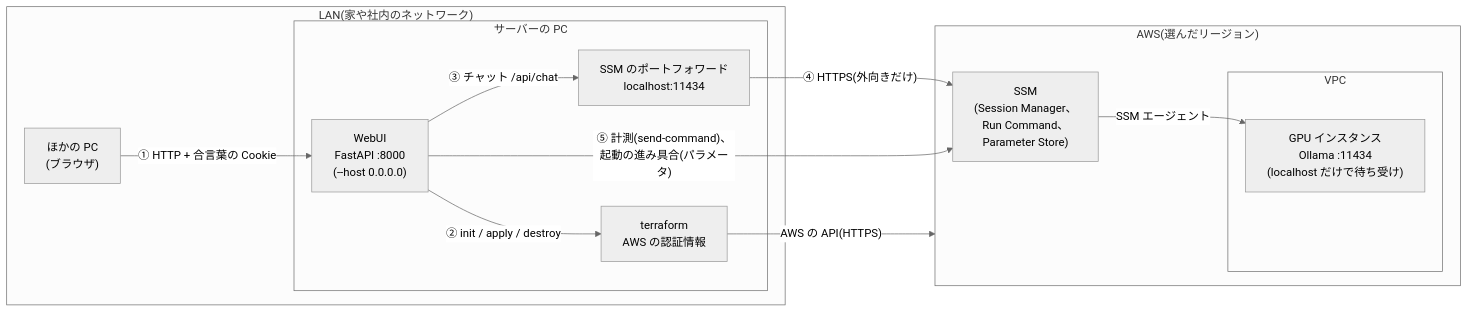
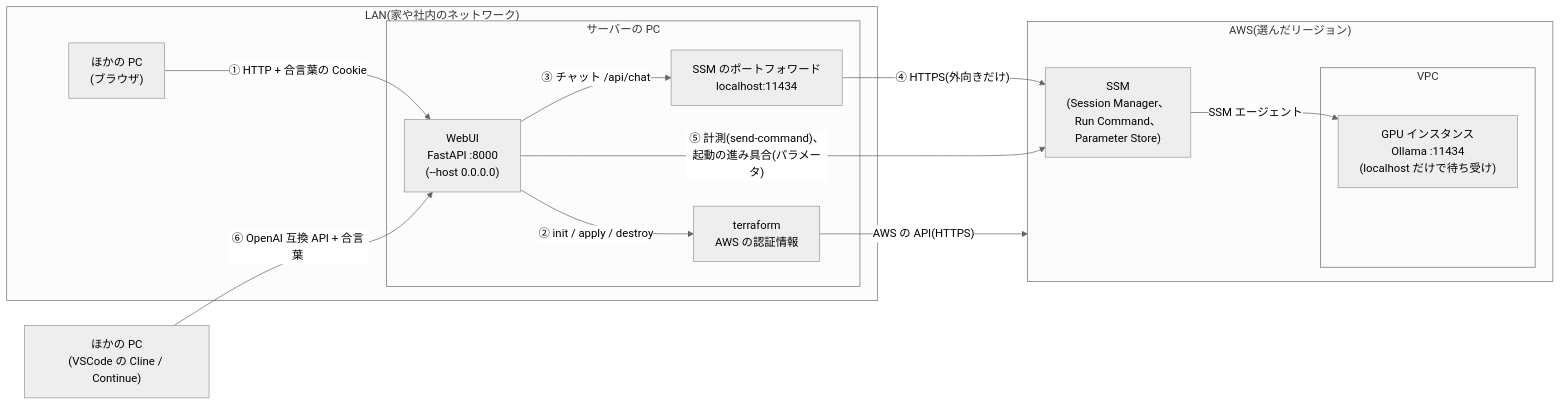
Before and after one commit to yosuke318/llm-launchpad: the diagram in docs/connection.md, drawn with Mermaid (neutral theme). The commit also changed other lines of this file and 11 other files, not shown here.

First line of the commit message:
VSCode の Cline や Continue から使えるよう、環境の Ollama の OpenAI 互換 API を WebUI で中継する

````diff
--- a/docs/connection.md
+++ b/docs/connection.md
@@ -7,25 +7,26 @@
 ```mermaid
 flowchart LR
     subgraph LAN["LAN(家や社内のネットワーク)"]
         PC["ほかの PC<br/>(ブラウザ)"]
         subgraph SV["サーバーの PC"]
             UI["WebUI<br/>FastAPI :8000<br/>(--host 0.0.0.0)"]
             PF["SSM のポートフォワード<br/>localhost:11434"]
             TF["terraform<br/>AWS の認証情報"]
         end
     end
     subgraph AWS["AWS(選んだリージョン)"]
         SSM["SSM<br/>(Session Manager、<br/>Run Command、<br/>Parameter Store)"]
         subgraph VPC["VPC"]
             EC2["GPU インスタンス<br/>Ollama :11434<br/>(localhost だけで待ち受け)"]
         end
     end
 
     PC -- "① HTTP + 合言葉の Cookie" --> UI
     UI -- "② init / apply / destroy" --> TF
     TF -- "AWS の API(HTTPS)" --> AWS
     UI -- "③ チャット /api/chat" --> PF
     PF -- "④ HTTPS(外向きだけ)" --> SSM
     SSM -- "SSM エージェント" --> EC2
     UI -- "⑤ 計測(send-command)、<br/>起動の進み具合(パラメータ)" --> SSM
+    VS["ほかの PC<br/>(VSCode の Cline / Continue)"] -- "⑥ OpenAI 互換 API + 合言葉" --> UI
 ```
````
